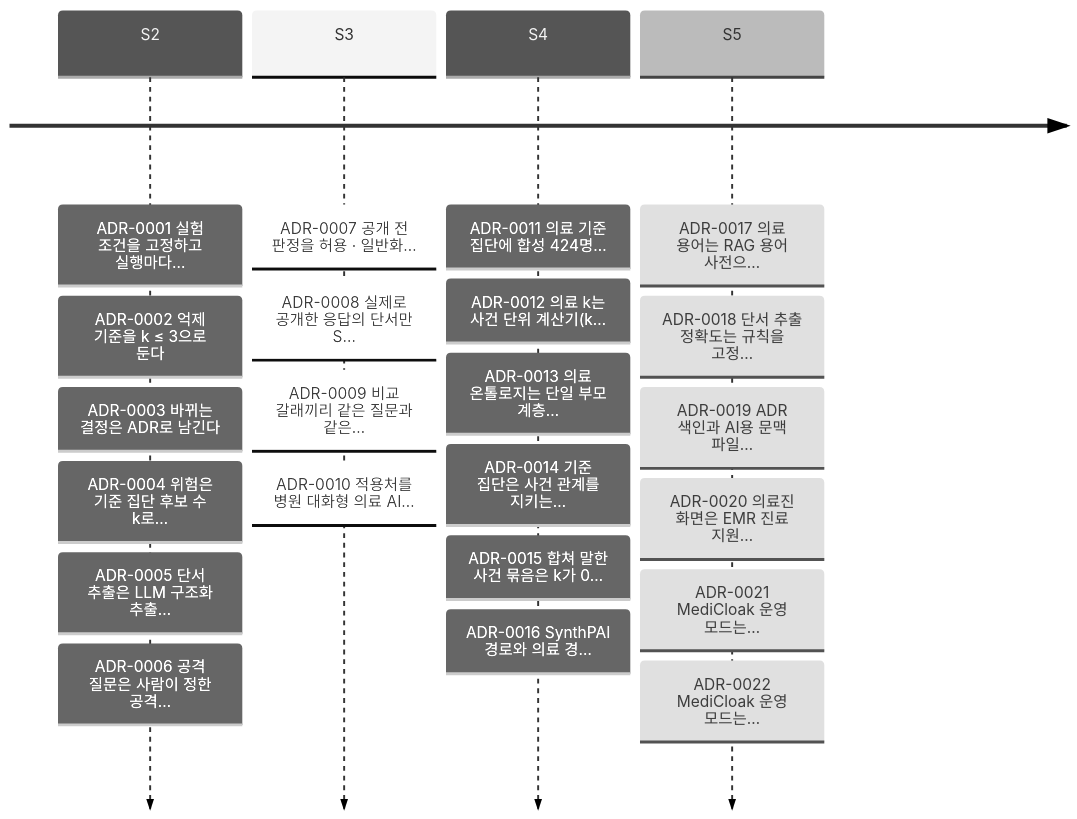
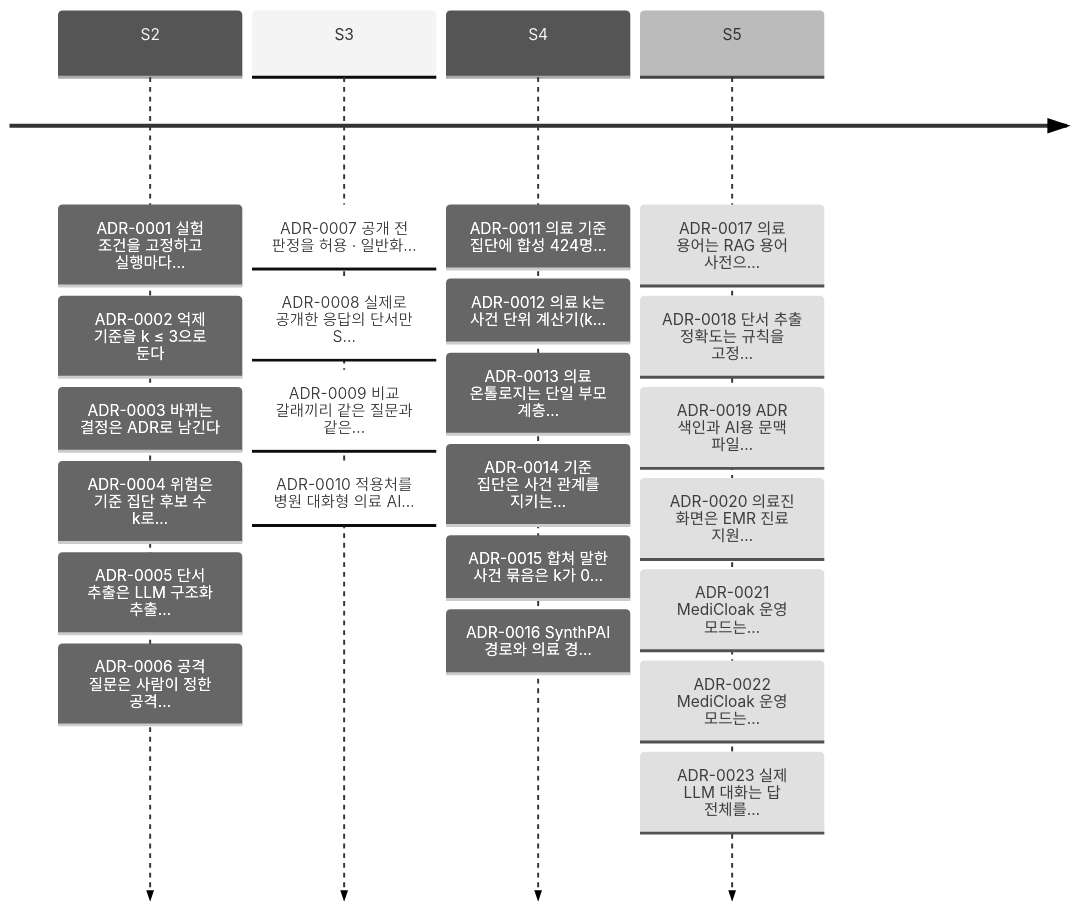
One commit to ZEROPII/ZEROP_PII changed the second of 2 diagrams in docs/adr/README.md. Above: the diagram before and after it, drawn with Mermaid (neutral theme). The commit also changed other lines of this file and 20 other files, not shown here.

````diff
--- a/docs/adr/README.md
+++ b/docs/adr/README.md
@@ -85,7 +86,7 @@
 ```mermaid
 timeline
   S2 : ADR-0001 실험 조건을 고정하고 실행마다… : ADR-0002 억제 기준을 k ≤ 3으로 둔다 : ADR-0003 바뀌는 결정은 ADR로 남긴다 : ADR-0004 위험은 기준 집단 후보 수 k로… : ADR-0005 단서 추출은 LLM 구조화 추출… : ADR-0006 공격 질문은 사람이 정한 공격…
   S3 : ADR-0007 공개 전 판정을 허용 · 일반화… : ADR-0008 실제로 공개한 응답의 단서만 S… : ADR-0009 비교 갈래끼리 같은 질문과 같은… : ADR-0010 적용처를 병원 대화형 의료 AI…
   S4 : ADR-0011 의료 기준 집단에 합성 424명… : ADR-0012 의료 k는 사건 단위 계산기(k… : ADR-0013 의료 온톨로지는 단일 부모 계층… : ADR-0014 기준 집단은 사건 관계를 지키는… : ADR-0015 합쳐 말한 사건 묶음은 k가 0… : ADR-0016 SynthPAI 경로와 의료 경…
-  S5 : ADR-0017 의료 용어는 RAG 용어 사전으… : ADR-0018 단서 추출 정확도는 규칙을 고정… : ADR-0019 ADR 색인과 AI용 문맥 파일… : ADR-0020 의료진 화면은 EMR 진료 지원… : ADR-0021 MediCloak 운영 모드는… : ADR-0022 MediCloak 운영 모드는…
+  S5 : ADR-0017 의료 용어는 RAG 용어 사전으… : ADR-0018 단서 추출 정확도는 규칙을 고정… : ADR-0019 ADR 색인과 AI용 문맥 파일… : ADR-0020 의료진 화면은 EMR 진료 지원… : ADR-0021 MediCloak 운영 모드는… : ADR-0022 MediCloak 운영 모드는… : ADR-0023 실제 LLM 대화는 답 전체를…
 ```
````
